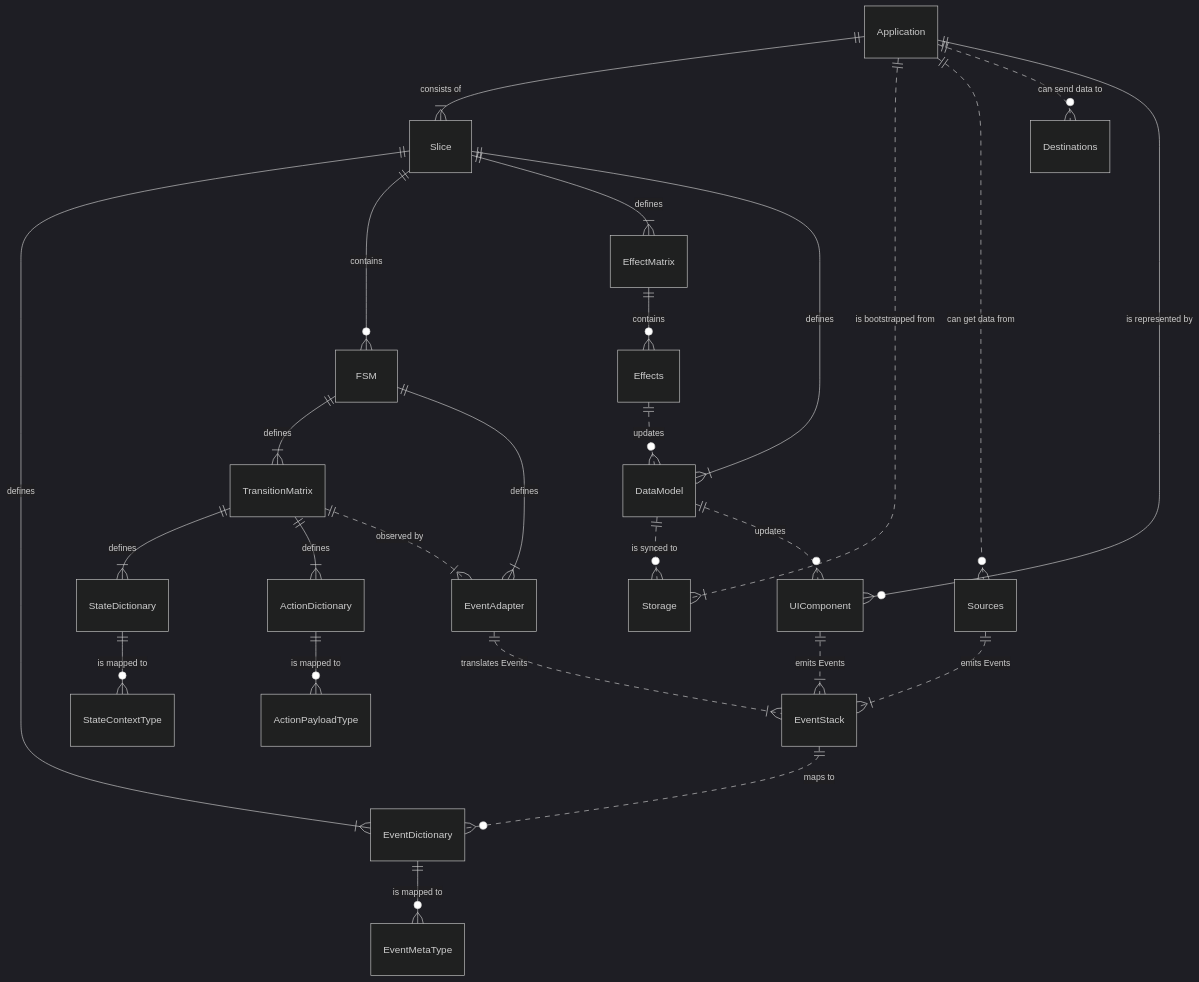
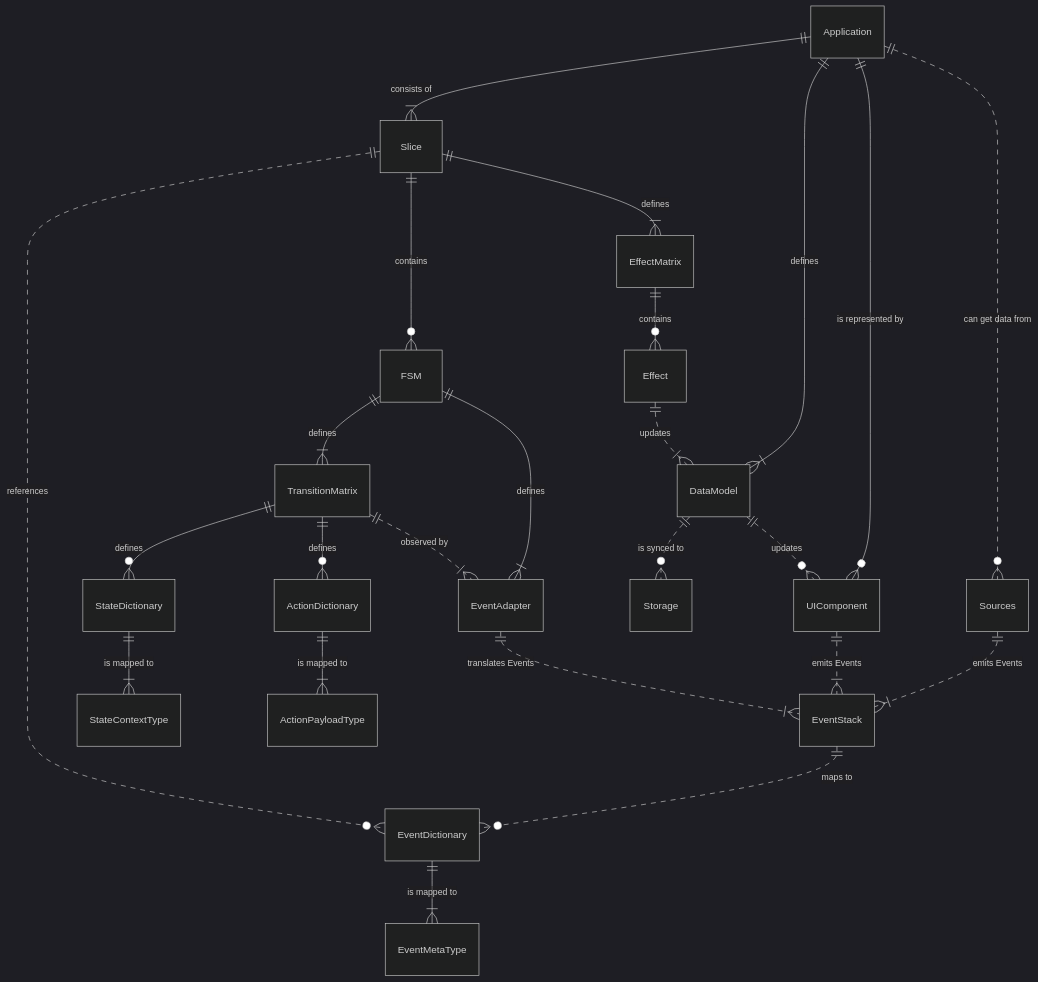
The first of 2 diagrams in README.md (tfcp68/yantrix), drawn with Mermaid (dark theme) before and after one commit. The commit also changed other lines of this file, not shown here.

````diff
--- a/README.md
+++ b/README.md
@@ -34,28 +33,27 @@
 ```mermaid
 erDiagram
     DataModel ||..o{ Storage: "is synced to"    
     DataModel ||..o{ UIComponent: "updates"
     UIComponent ||..|{ EventStack: "emits Events"
-    StateDictionary ||--o{ StateContextType: "is mapped to"
-    ActionDictionary ||--o{ ActionPayloadType: "is mapped to"
-    EventDictionary ||--o{ EventMetaType: "is mapped to"
-    TransitionMatrix ||--|{ StateDictionary: defines
-    TransitionMatrix ||--|{ ActionDictionary: defines
+    StateDictionary ||--|{ StateContextType: "is mapped to"
+    ActionDictionary ||--|{ ActionPayloadType: "is mapped to"
+    EventDictionary ||--|{ EventMetaType: "is mapped to"
+    TransitionMatrix ||--o{ StateDictionary: defines
+    TransitionMatrix ||--o{ ActionDictionary: defines
     TransitionMatrix ||..|{ EventAdapter : "observed by"
     EventStack ||..o{ EventDictionary: "maps to"
     FSM ||--|{ TransitionMatrix: defines
     FSM ||--|{ EventAdapter: defines
-    Slice ||--|{ EventDictionary: defines
+    Slice ||..o{ EventDictionary: references
     Slice ||--o{ FSM: contains
     Slice ||--|{ EffectMatrix: defines
-    Slice ||--|{ DataModel: defines
-    Effects ||..o{ DataModel: updates
-    EffectMatrix ||--o{ Effects: contains
+    Effect ||..|{ DataModel: updates
+    EffectMatrix ||--o{ Effect: contains
     Application ||--|{ Slice: "consists of"
-    Application ||..|{ Storage: "is bootstrapped from"    
-    Application ||..o{ Sources: "can get data from"
-    Application ||..o{ Destinations: "can send data to"
+    Application ||--|{ DataModel: defines
     Application ||--o{ UIComponent: "is represented by"       
     EventAdapter ||..|{ EventStack: "translates Events"
     Sources ||..|{ EventStack: "emits Events"
+    Application ||..o{ Sources: "can get data from"
+    
 ```
````
